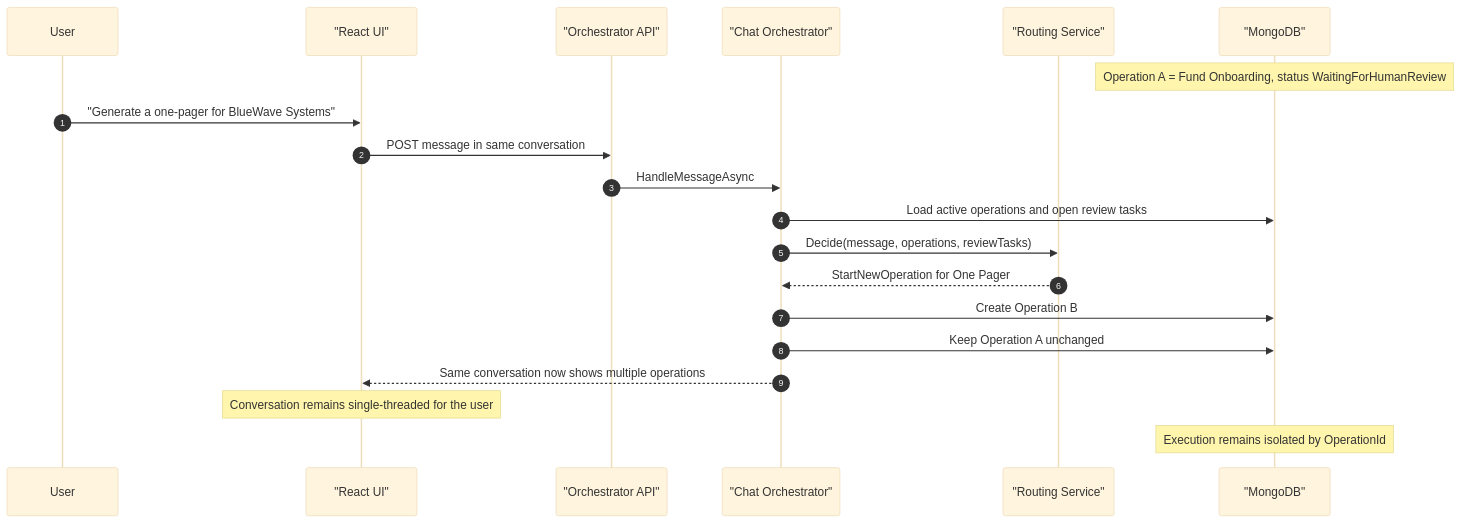
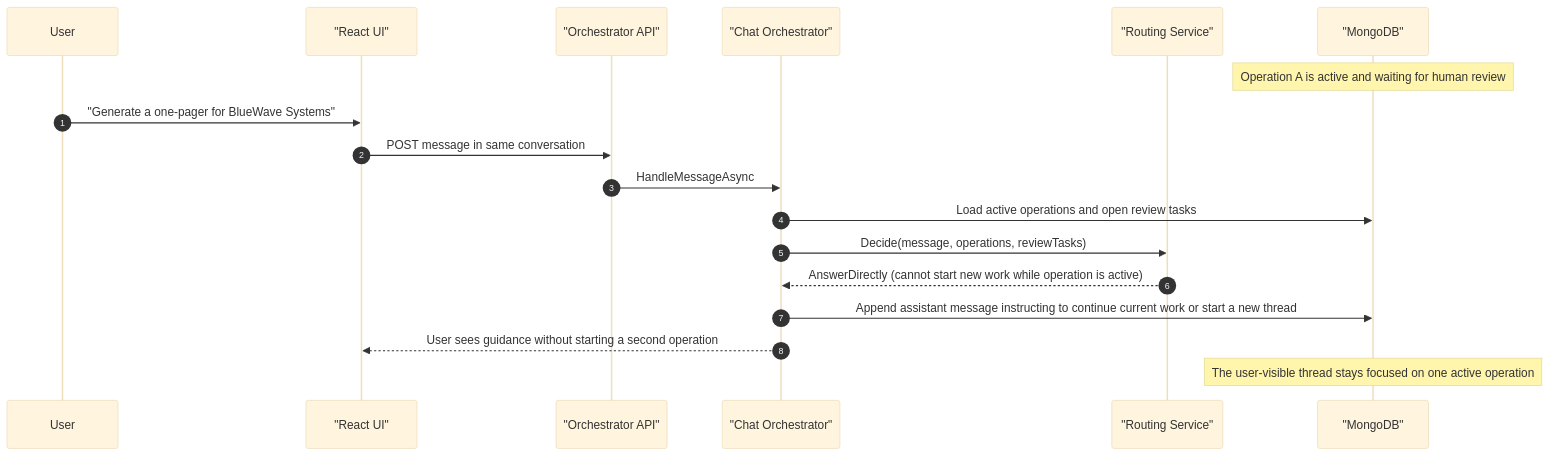
One commit to naveenpatilcbit/agentic-orchestrator changed the ninth of 15 diagrams in docs/system-design.md. Above: the diagram before and after it, drawn with Mermaid (base theme). The commit also changed other lines of this file, not shown here.

Commit message:
Update system design doc for clean architecture and multi-turn

````diff
--- a/docs/system-design.md
+++ b/docs/system-design.md
@@ -572,25 +587,23 @@
 ```mermaid
 sequenceDiagram
     autonumber
     participant U as User
     participant UI as "React UI"
     participant API as "Orchestrator API"
     participant CHAT as "Chat Orchestrator"
     participant ROUTER as "Routing Service"
     participant DB as "MongoDB"
 
-    Note over DB: Operation A = Fund Onboarding, status WaitingForHumanReview
+    Note over DB: Operation A is active and waiting for human review
 
     U->>UI: "Generate a one-pager for BlueWave Systems"
     UI->>API: POST message in same conversation
     API->>CHAT: HandleMessageAsync
     CHAT->>DB: Load active operations and open review tasks
     CHAT->>ROUTER: Decide(message, operations, reviewTasks)
-    ROUTER-->>CHAT: StartNewOperation for One Pager
-    CHAT->>DB: Create Operation B
-    CHAT->>DB: Keep Operation A unchanged
-    CHAT-->>UI: Same conversation now shows multiple operations
+    ROUTER-->>CHAT: AnswerDirectly (cannot start new work while operation is active)
+    CHAT->>DB: Append assistant message instructing to continue current work or start a new thread
+    CHAT-->>UI: User sees guidance without starting a second operation
 
-    Note over UI: Conversation remains single-threaded for the user
-    Note over DB: Execution remains isolated by OperationId
+    Note over DB: The user-visible thread stays focused on one active operation
 ```
````
